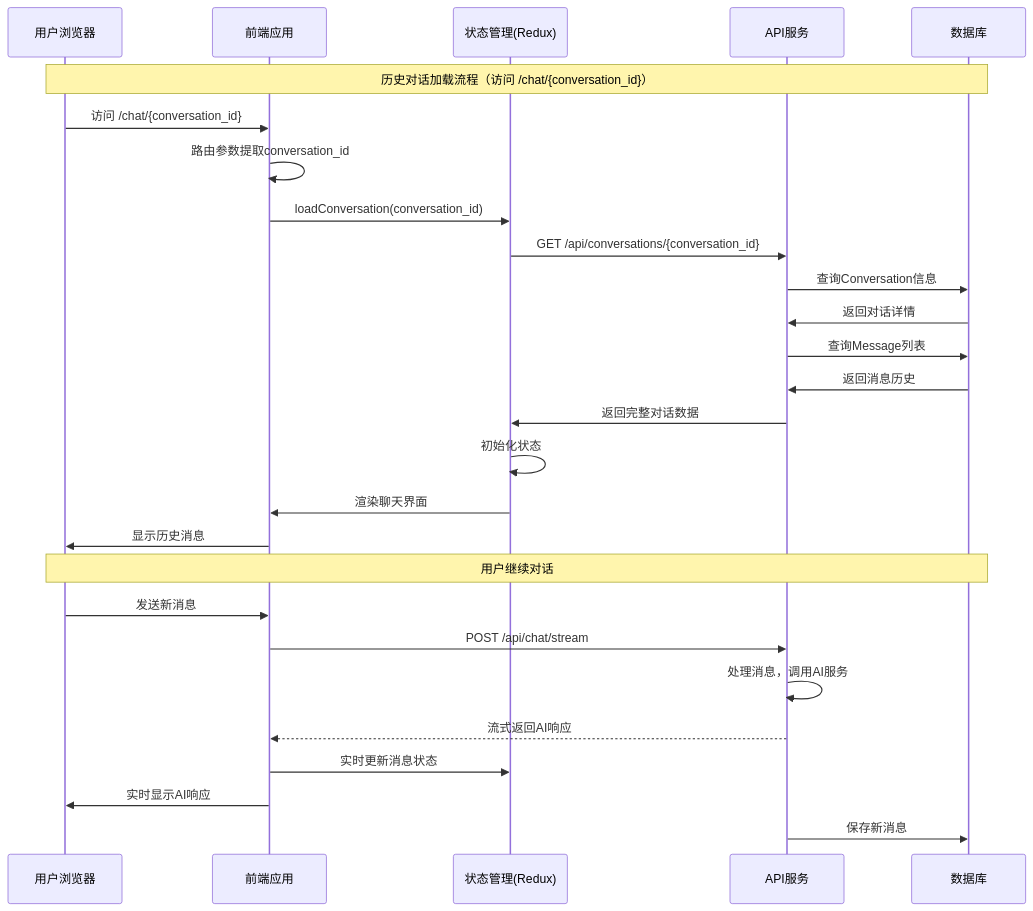
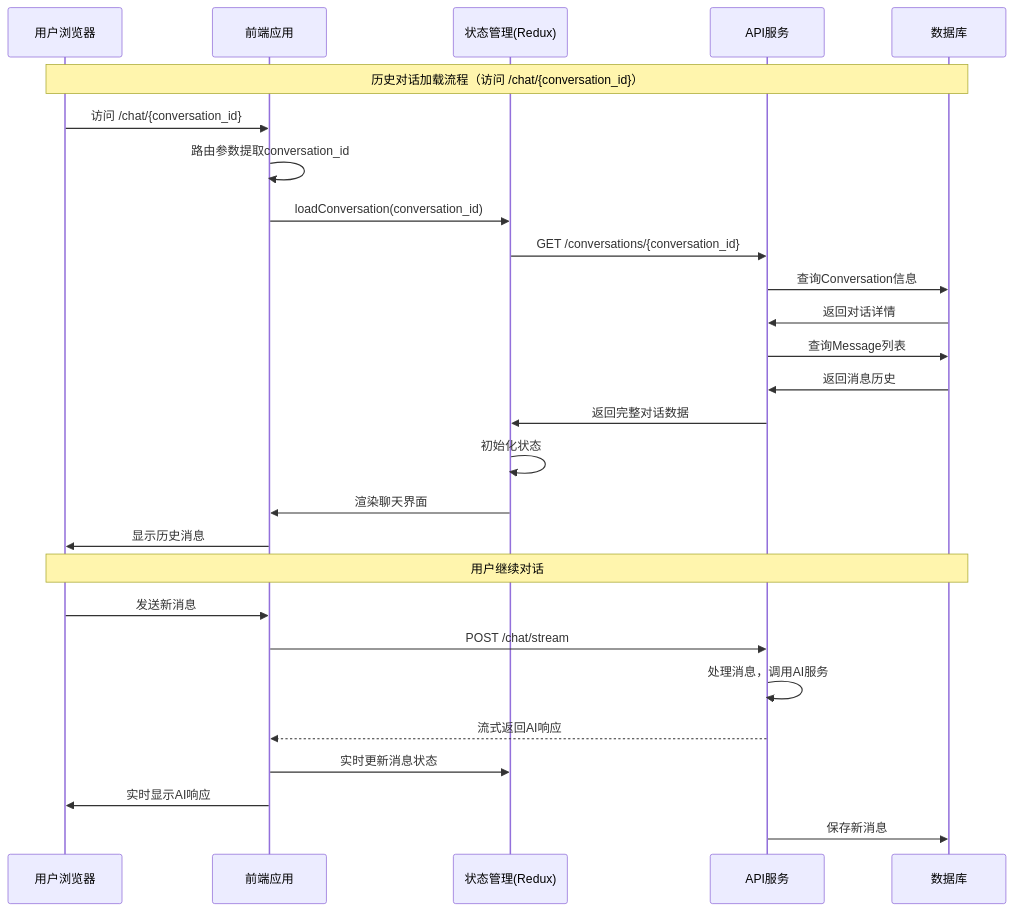
One commit to wuhonglei/chat-agent changed the second of 3 diagrams in frontend/docs/conversation.md. Above: the diagram before and after it, drawn with Mermaid. The commit also changed other lines of this file and 6 other files, not shown here.

````diff
--- a/frontend/docs/conversation.md
+++ b/frontend/docs/conversation.md
@@ -230,33 +230,33 @@
 ```mermaid
 sequenceDiagram
     participant U as 用户浏览器
     participant F as 前端应用
     participant S as 状态管理(Redux)
     participant A as API服务
     participant DB as 数据库
 
     Note over U,DB: 历史对话加载流程（访问 /chat/{conversation_id}）
 
     U->>F: 访问 /chat/{conversation_id}
     F->>F: 路由参数提取conversation_id
     F->>S: loadConversation(conversation_id)
-    S->>A: GET /api/conversations/{conversation_id}
+    S->>A: GET /conversations/{conversation_id}
     A->>DB: 查询Conversation信息
     DB->>A: 返回对话详情
     A->>DB: 查询Message列表
     DB->>A: 返回消息历史
     A->>S: 返回完整对话数据
     S->>S: 初始化状态
     S->>F: 渲染聊天界面
     F->>U: 显示历史消息
 
     Note over U,DB: 用户继续对话
 
     U->>F: 发送新消息
-    F->>A: POST /api/chat/stream
+    F->>A: POST /chat/stream
     A->>A: 处理消息，调用AI服务
     A-->>F: 流式返回AI响应
     F->>S: 实时更新消息状态
     F->>U: 实时显示AI响应
     A->>DB: 保存新消息
 ```
````
